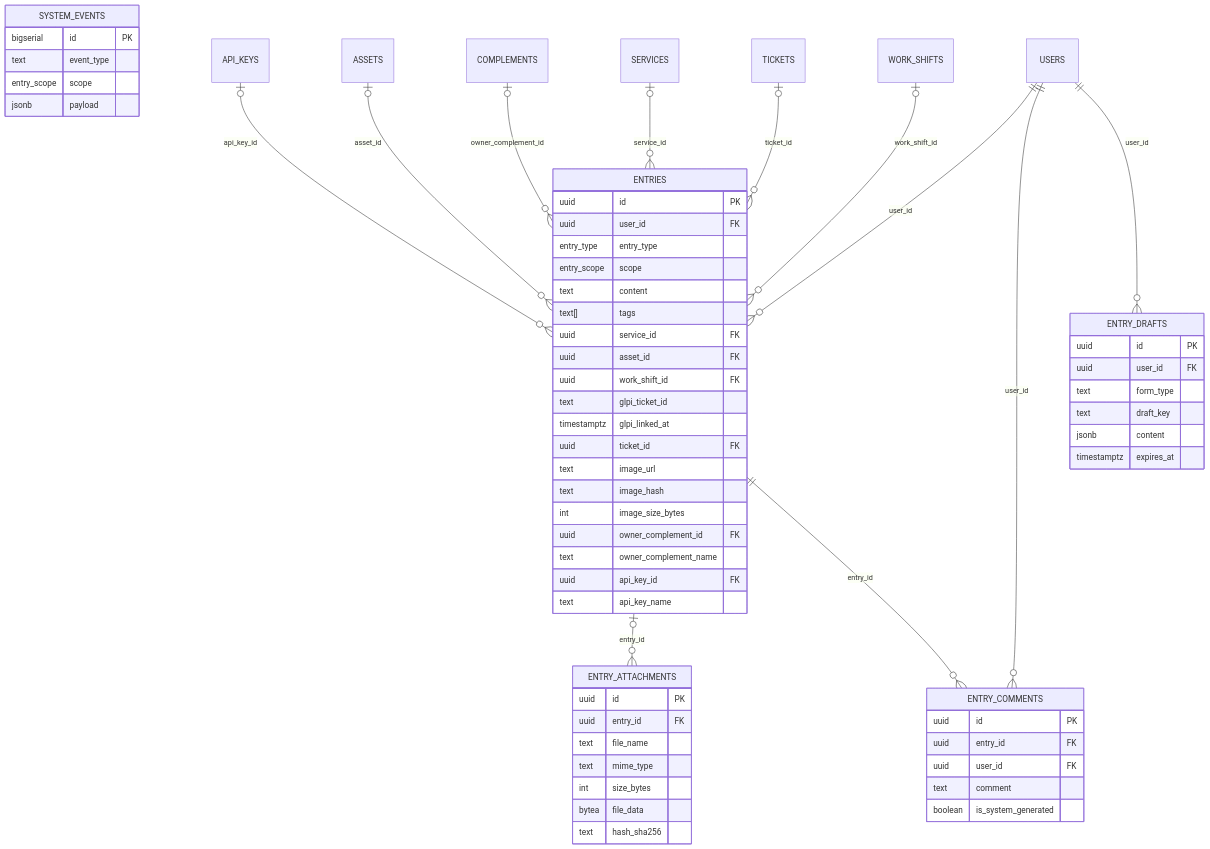
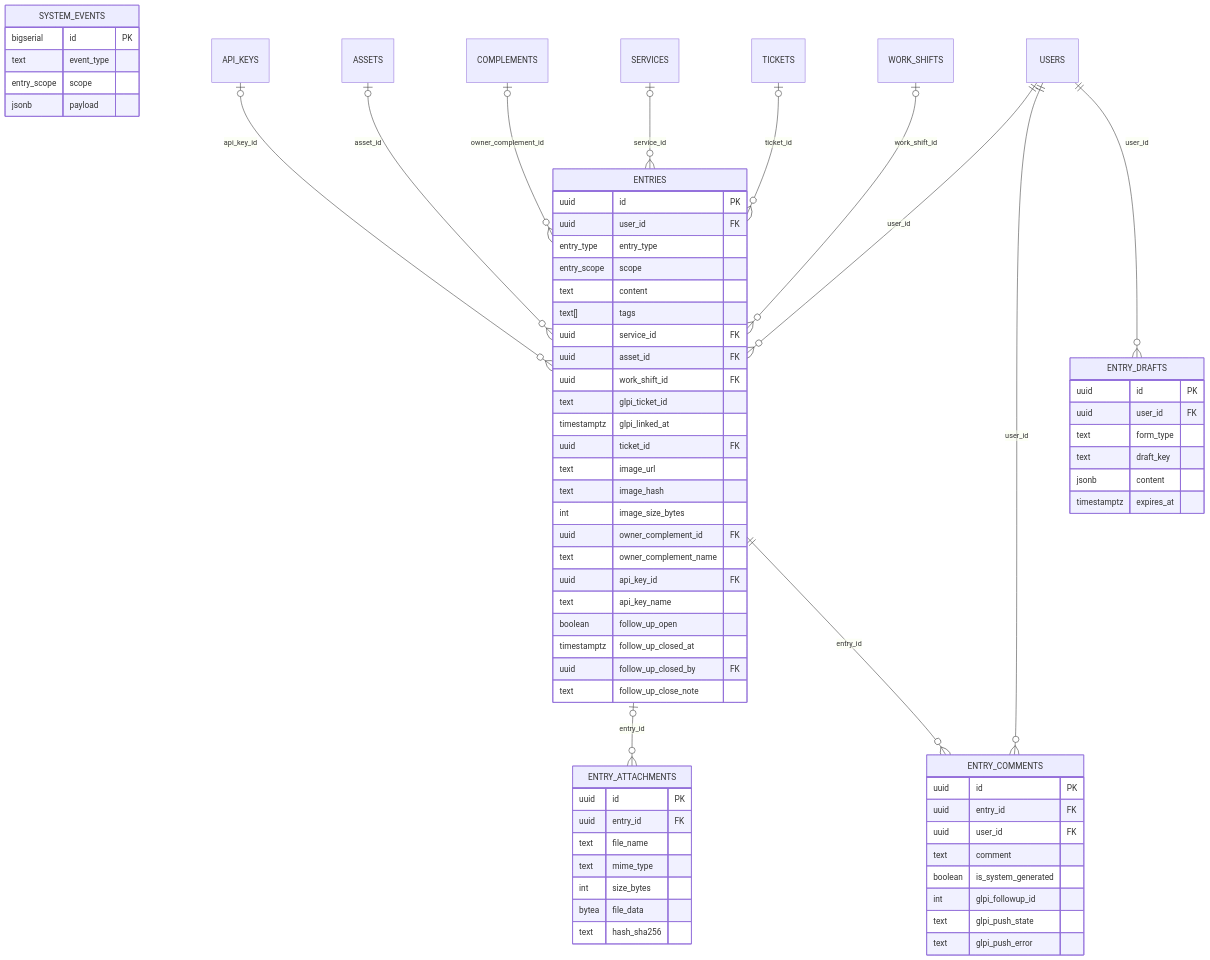
Diagram 12 of 17 in docs/modelo-de-datos.md (athomo001/BitacoraSOC), drawn with Mermaid before and after one commit. The commit also changed other lines of this file and 69 other files, not shown here.

````diff
--- a/docs/modelo-de-datos.md
+++ b/docs/modelo-de-datos.md
@@ -1383,66 +1418,73 @@
 ```mermaid
 erDiagram
     ENTRIES {
         uuid id PK
         uuid user_id FK
         entry_type entry_type
         entry_scope scope
         text content
         text[] tags
         uuid service_id FK
         uuid asset_id FK
         uuid work_shift_id FK
         text glpi_ticket_id
         timestamptz glpi_linked_at
         uuid ticket_id FK
         text image_url
         text image_hash
         int image_size_bytes
         uuid owner_complement_id FK
         text owner_complement_name
         uuid api_key_id FK
         text api_key_name
+        boolean follow_up_open
+        timestamptz follow_up_closed_at
+        uuid follow_up_closed_by FK
+        text follow_up_close_note
     }
     ENTRY_COMMENTS {
         uuid id PK
         uuid entry_id FK
         uuid user_id FK
         text comment
         boolean is_system_generated
+        int glpi_followup_id
+        text glpi_push_state
+        text glpi_push_error
     }
     ENTRY_ATTACHMENTS {
         uuid id PK
         uuid entry_id FK
         text file_name
         text mime_type
         int size_bytes
         bytea file_data
         text hash_sha256
     }
     ENTRY_DRAFTS {
         uuid id PK
         uuid user_id FK
         text form_type
         text draft_key
         jsonb content
         timestamptz expires_at
     }
     SYSTEM_EVENTS {
         bigserial id PK
         text event_type
         entry_scope scope
         jsonb payload
     }
 
     API_KEYS |o--o{ ENTRIES : "api_key_id"
     ASSETS |o--o{ ENTRIES : "asset_id"
     COMPLEMENTS |o--o{ ENTRIES : "owner_complement_id"
     ENTRIES |o--o{ ENTRY_ATTACHMENTS : "entry_id"
     ENTRIES ||--o{ ENTRY_COMMENTS : "entry_id"
     SERVICES |o--o{ ENTRIES : "service_id"
     TICKETS |o--o{ ENTRIES : "ticket_id"
     USERS ||--o{ ENTRIES : "user_id"
     USERS ||--o{ ENTRY_COMMENTS : "user_id"
     USERS ||--o{ ENTRY_DRAFTS : "user_id"
     WORK_SHIFTS |o--o{ ENTRIES : "work_shift_id"
 ```
````
